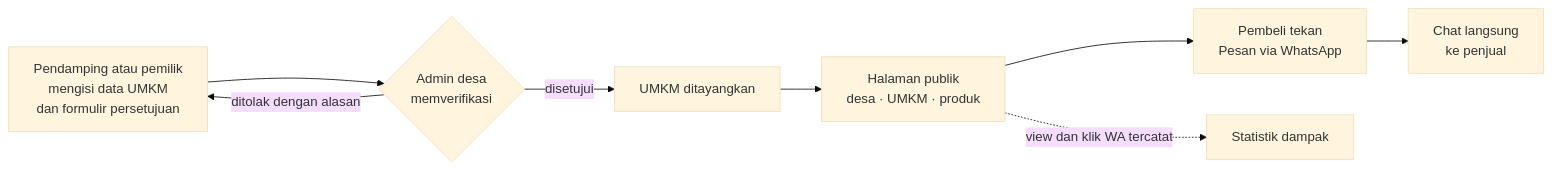
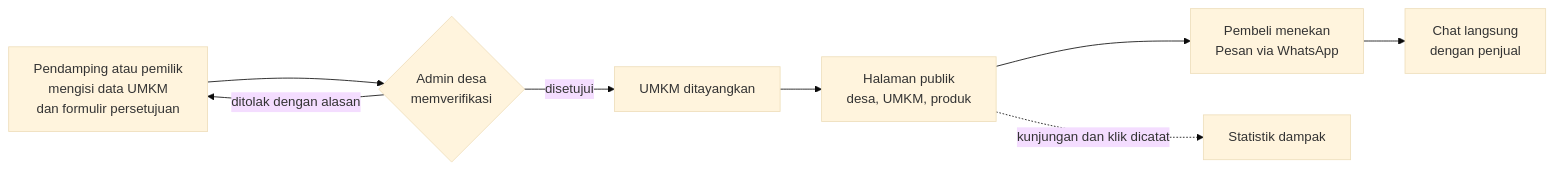
One commit to raflimaulanayh/desanara.app changed the first of 2 diagrams in README.md. Above: the diagram before and after it, drawn with Mermaid (base theme). The commit also changed other lines of this file and 13 other files, not shown here.

````diff
--- a/README.md
+++ b/README.md
@@ -61,10 +68,10 @@
 ```mermaid
 flowchart LR
   P[Pendamping atau pemilik<br/>mengisi data UMKM<br/>dan formulir persetujuan] --> V{Admin desa<br/>memverifikasi}
   V -->|ditolak dengan alasan| P
   V -->|disetujui| T[UMKM ditayangkan]
-  T --> W[Halaman publik<br/>desa · UMKM · produk]
-  W --> B[Pembeli tekan<br/>Pesan via WhatsApp]
-  B --> S[Chat langsung<br/>ke penjual]
-  W -.->|view dan klik WA tercatat| St[Statistik dampak]
+  T --> W[Halaman publik<br/>desa, UMKM, produk]
+  W --> B[Pembeli menekan<br/>Pesan via WhatsApp]
+  B --> S[Chat langsung<br/>dengan penjual]
+  W -.->|kunjungan dan klik dicatat| St[Statistik dampak]
 ```
````
